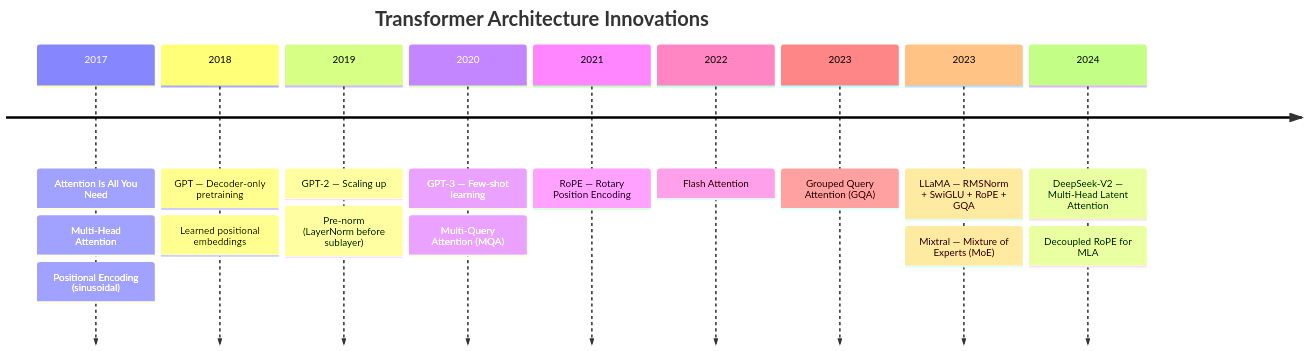
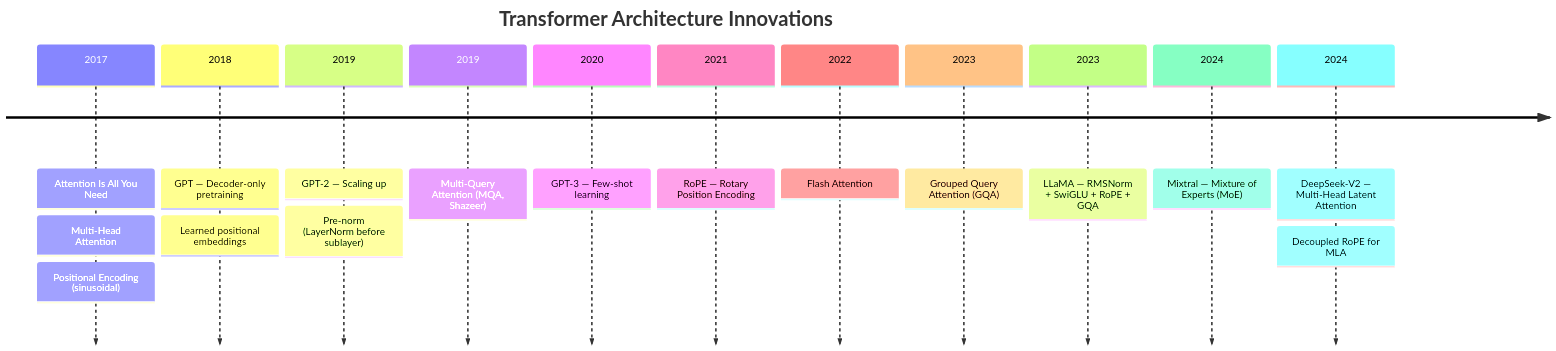
The second of 5 diagrams in docs/architecture/family-tree.md (michaelellis003/LMT), drawn with Mermaid before and after one commit. The commit also changed 8 other files, not shown here.

````diff
--- a/docs/architecture/family-tree.md
+++ b/docs/architecture/family-tree.md
@@ -36,20 +36,20 @@
 ```mermaid
 timeline
     title Transformer Architecture Innovations
     2017 : Attention Is All You Need
          : Multi-Head Attention
          : Positional Encoding (sinusoidal)
     2018 : GPT — Decoder-only pretraining
          : Learned positional embeddings
     2019 : GPT-2 — Scaling up
          : Pre-norm (LayerNorm before sublayer)
+    2019 : Multi-Query Attention (MQA, Shazeer)
     2020 : GPT-3 — Few-shot learning
-         : Multi-Query Attention (MQA)
     2021 : RoPE — Rotary Position Encoding
     2022 : Flash Attention
     2023 : Grouped Query Attention (GQA)
     2023 : LLaMA — RMSNorm + SwiGLU + RoPE + GQA
-         : Mixtral — Mixture of Experts (MoE)
+    2024 : Mixtral — Mixture of Experts (MoE)
     2024 : DeepSeek-V2 — Multi-Head Latent Attention
          : Decoupled RoPE for MLA
 ```
````
